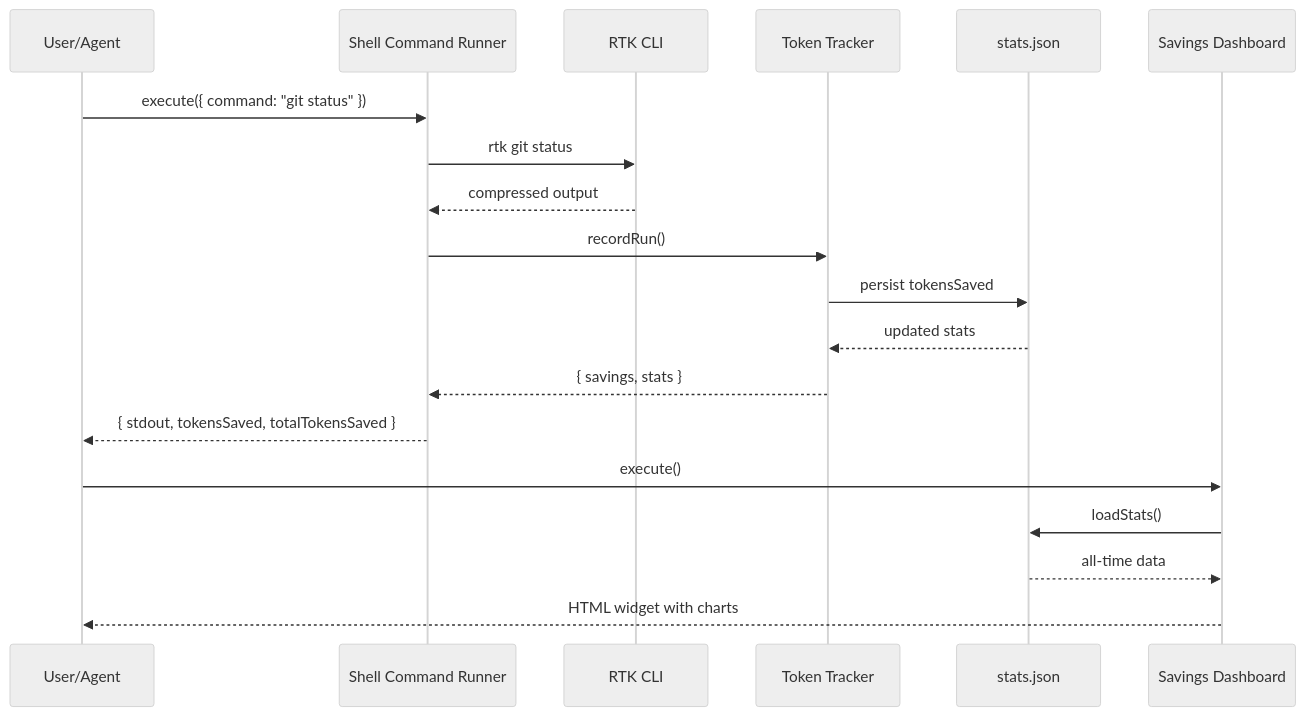
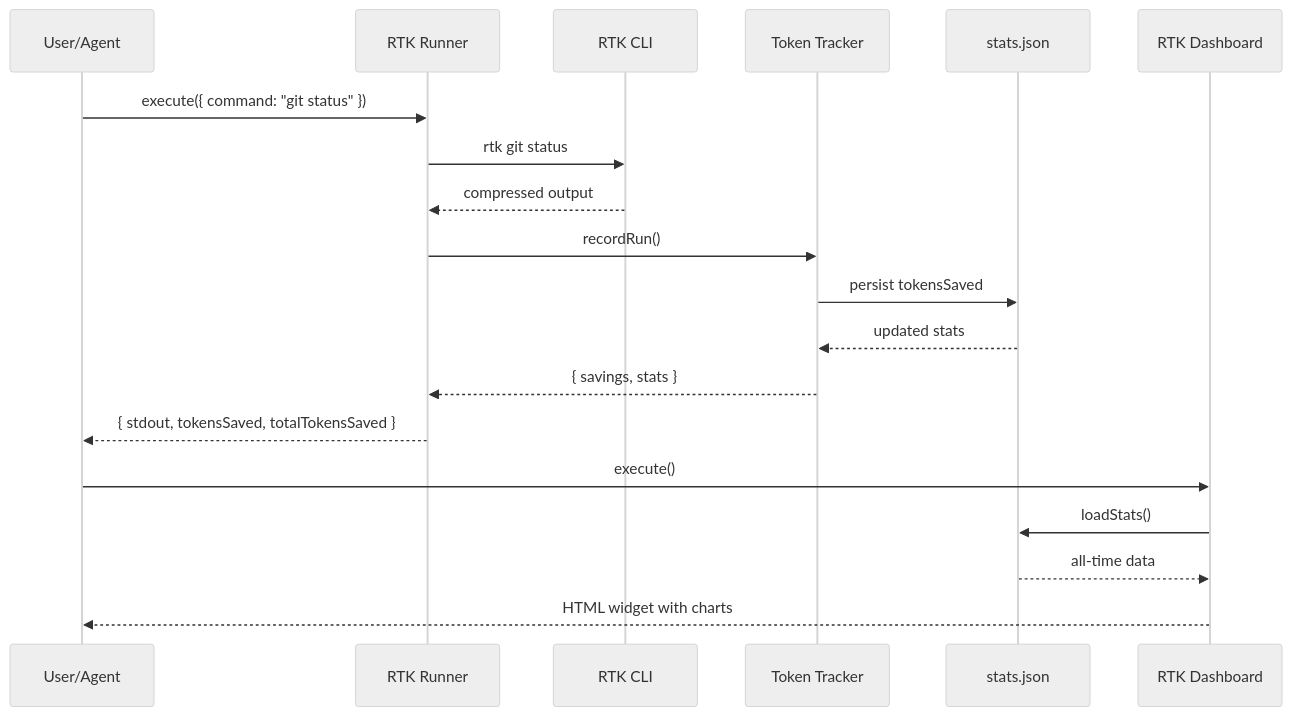
The second of 2 diagrams in README.md (unRekable/rtk-agnt-integration), drawn with Mermaid (neutral theme) before and after one commit. The commit also changed other lines of this file, not shown here.

````diff
--- a/README.md
+++ b/README.md
@@ -39,23 +39,23 @@
 ```mermaid
 sequenceDiagram
     participant User as User/Agent
-    participant Runner as Shell Command Runner
+    participant Runner as RTK Runner
     participant RTK as RTK CLI
     participant Tracker as Token Tracker
     participant Stats as stats.json
-    participant Dash as Savings Dashboard
+    participant Dash as RTK Dashboard
 
     User->>Runner: execute({ command: "git status" })
     Runner->>RTK: rtk git status
     RTK-->>Runner: compressed output
     Runner->>Tracker: recordRun()
     Tracker->>Stats: persist tokensSaved
     Stats-->>Tracker: updated stats
     Tracker-->>Runner: { savings, stats }
     Runner-->>User: { stdout, tokensSaved, totalTokensSaved }
 
     User->>Dash: execute()
     Dash->>Stats: loadStats()
     Stats-->>Dash: all-time data
     Dash-->>User: HTML widget with charts
 ```
````
